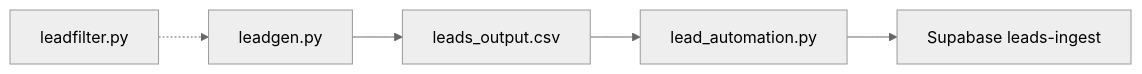
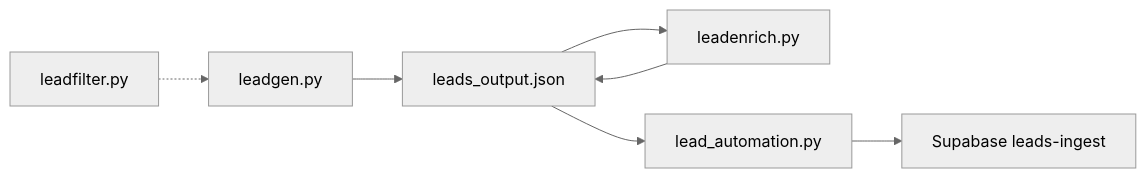
One commit to StaticxViper/cjm-dev changed the diagram in documentation/README.md. Above: the diagram before and after it, drawn with Mermaid (neutral theme). The commit also changed other lines of this file and 8 other files, not shown here.

````diff
--- a/documentation/README.md
+++ b/documentation/README.md
@@ -39,7 +40,9 @@
 ```mermaid
 flowchart LR
-  leadgen[leadgen.py] --> csv[leads_output.csv]
-  csv --> ingest[lead_automation.py]
+  leadgen[leadgen.py] --> leads[leads_output.json]
+  leads --> enrich[leadenrich.py]
+  enrich --> leads
+  leads --> ingest[lead_automation.py]
   ingest --> supabase[Supabase leads-ingest]
   leadfilter[leadfilter.py] -.-> leadgen
 ```
````
